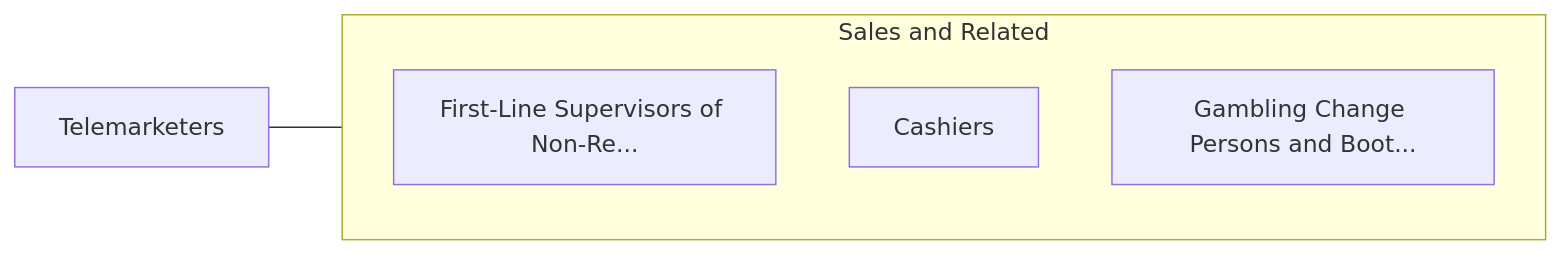
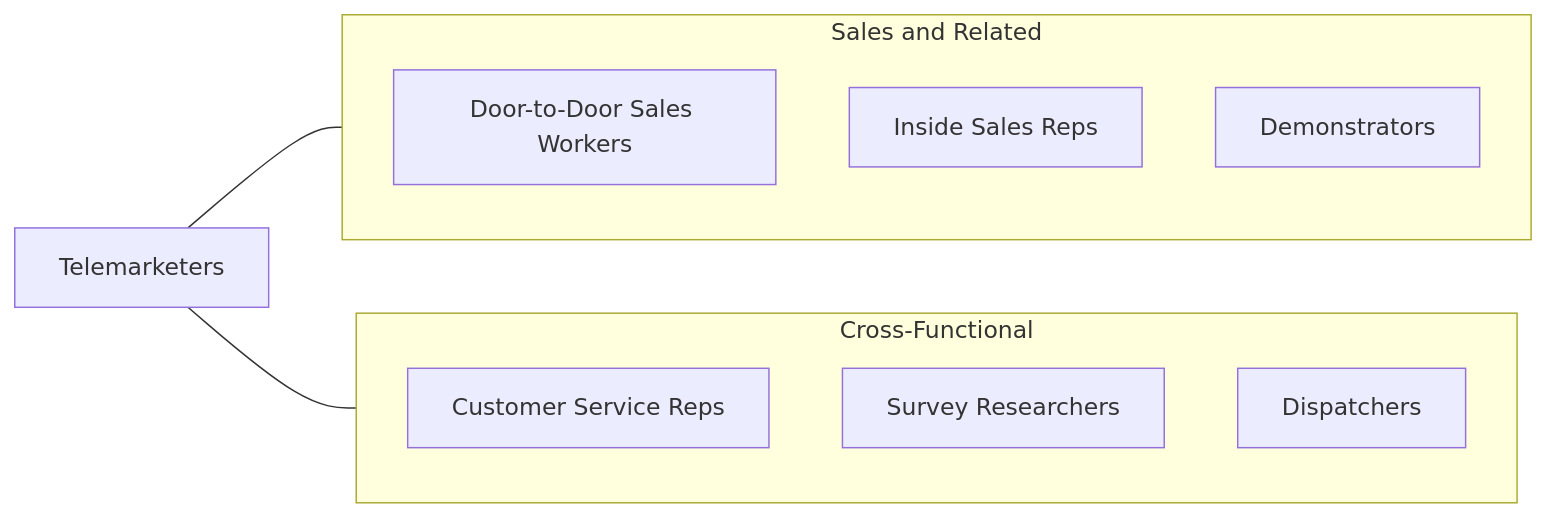
The fourth of 4 diagrams in occupations/Sales/Telemarketers.mdx (kziemski/business.org.ai), drawn with Mermaid before and after one commit. The commit also changed other lines of this file and 938 other files, not shown here.

````diff
--- a/occupations/Sales/Telemarketers.mdx
+++ b/occupations/Sales/Telemarketers.mdx
@@ -116,13 +176,19 @@
 ```mermaid
 graph LR
     Current["Telemarketers"]
 
     subgraph SameCategory["Sales and Related"]
-        FirstLineSupervisors["First-Line Supervisors of Retail..."]
-        FirstLineSupervisors["First-Line Supervisors of Non-Re..."]
-        Cashiers["Cashiers"]
-        GamblingChangePerson["Gambling Change Persons and Boot..."]
+        DoorToDoor["Door-to-Door Sales Workers"]
+        InsideSales["Inside Sales Reps"]
+        Demonstrators["Demonstrators"]
+    end
+
+    subgraph CrossFunctional["Cross-Functional"]
+        CSR["Customer Service Reps"]
+        SurveyResearch["Survey Researchers"]
+        Dispatchers["Dispatchers"]
     end
 
     Current --- SameCategory
+    Current --- CrossFunctional
 ```
````
